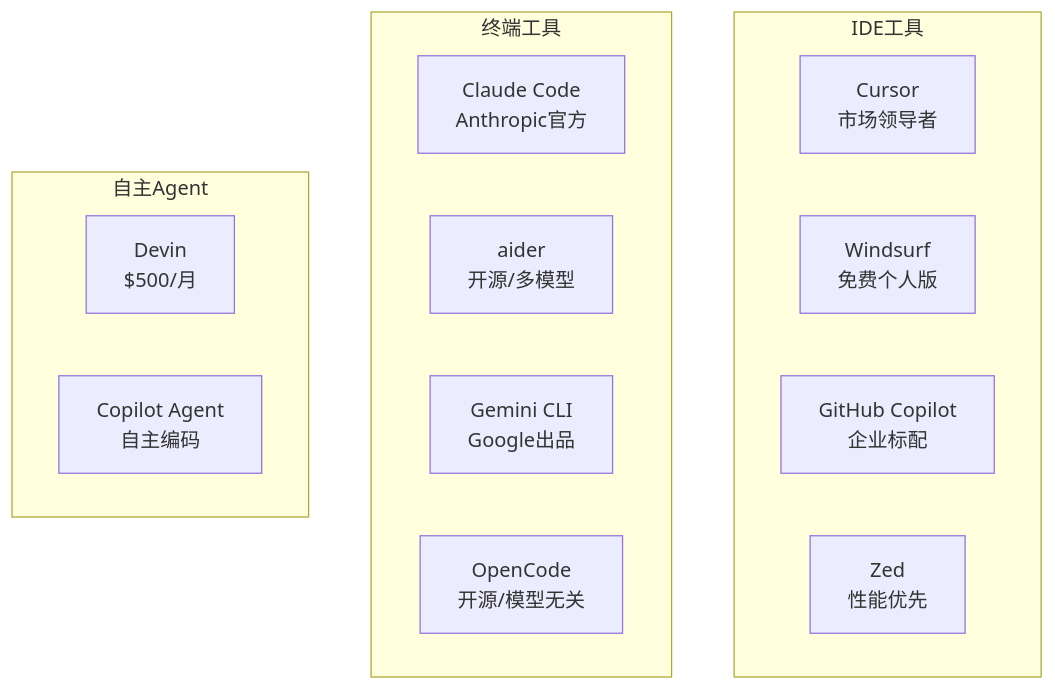
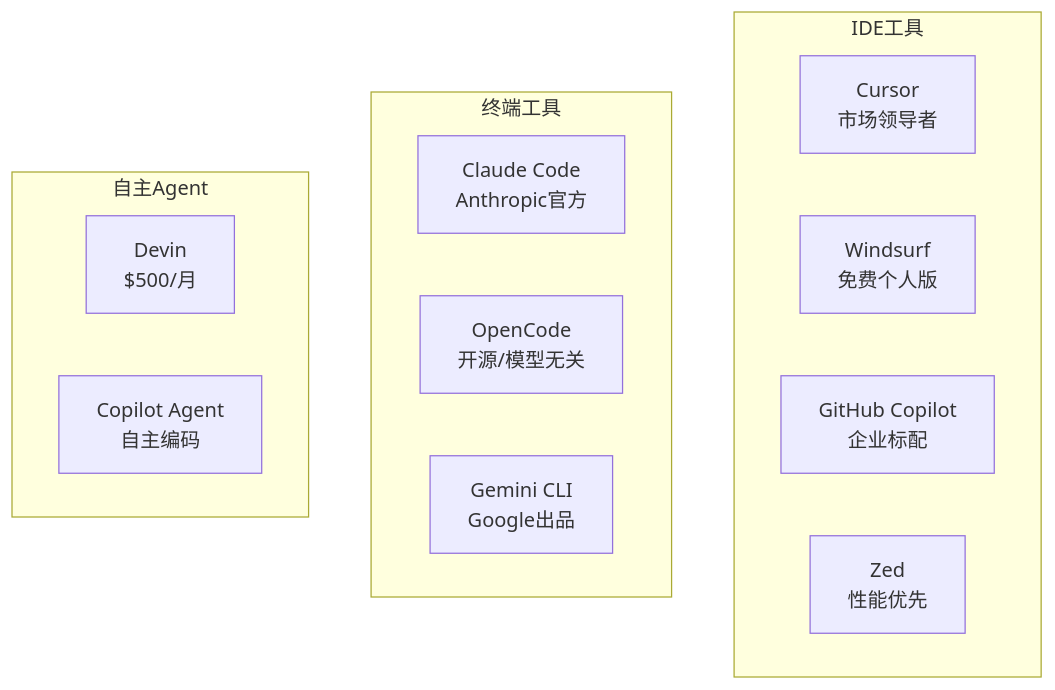
Before and after one commit to cuihe500/ai-study: the first of 2 diagrams in docs/chapter-02/tools-comparison.md, drawn with Mermaid. The commit also changed other lines of this file and 1 other file, not shown here.

````diff
--- a/docs/chapter-02/tools-comparison.md
+++ b/docs/chapter-02/tools-comparison.md
@@ -17,21 +17,20 @@
 ```mermaid
 flowchart TB
     subgraph IDE工具
         A[Cursor<br/>市场领导者]
         B[Windsurf<br/>免费个人版]
         C[GitHub Copilot<br/>企业标配]
         D[Zed<br/>性能优先]
     end
 
     subgraph 终端工具
         E[Claude Code<br/>Anthropic官方]
-        F[aider<br/>开源/多模型]
+        F[OpenCode<br/>开源/模型无关]
         G[Gemini CLI<br/>Google出品]
-        H[OpenCode<br/>开源/模型无关]
     end
 
     subgraph 自主Agent
         I[Devin<br/>$500/月]
         J[Copilot Agent<br/>自主编码]
     end
 ```
````
